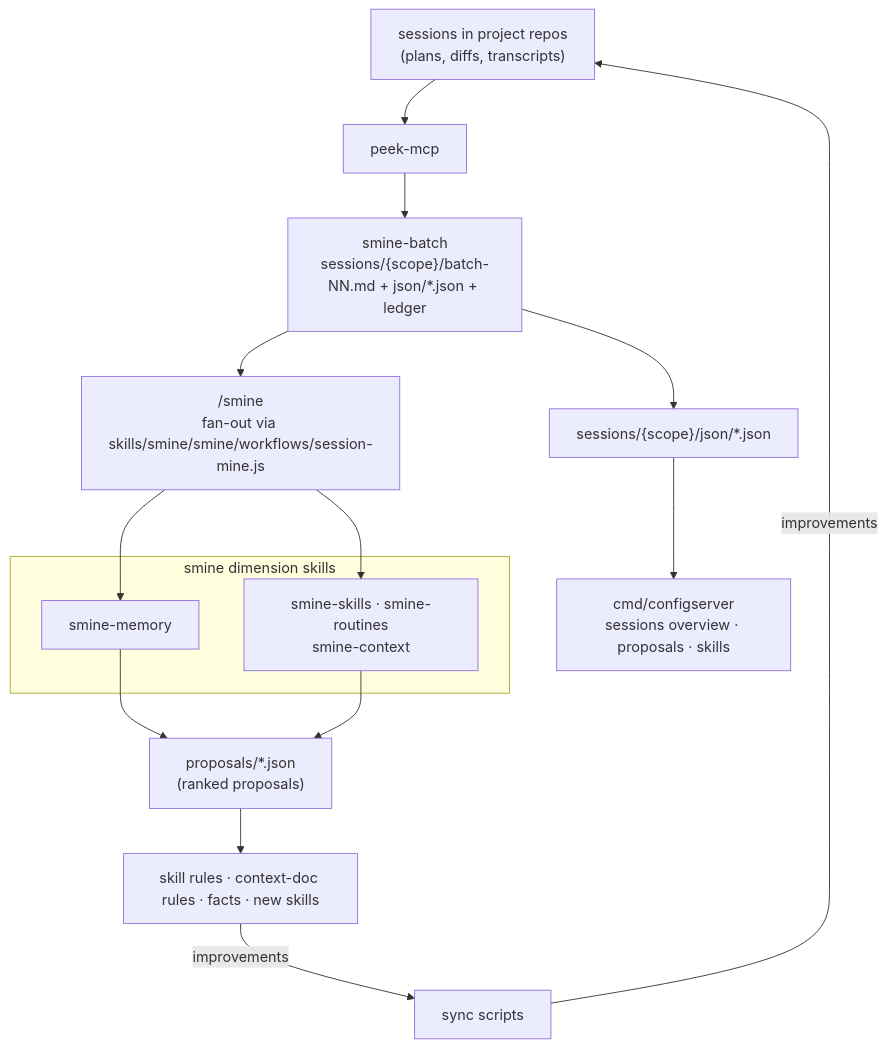
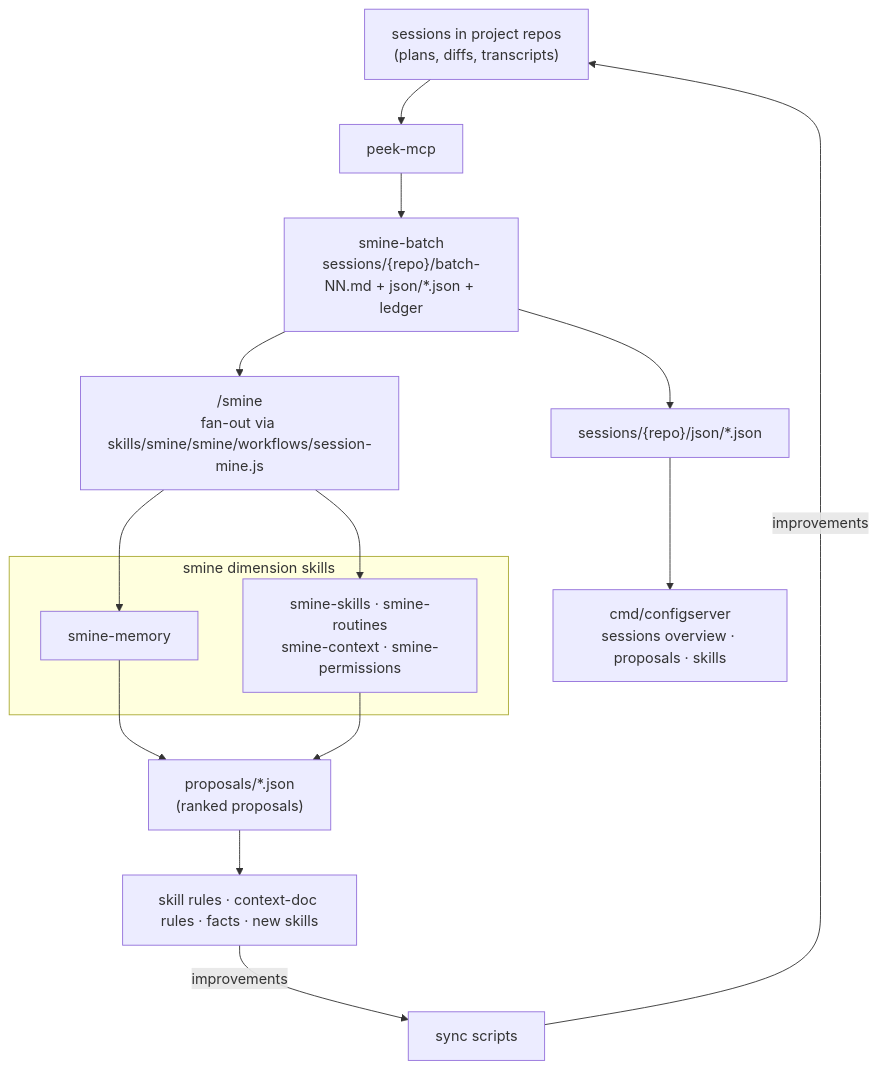
One commit to kevinhorst/smine changed the first of 4 diagrams in README.md. Above: the diagram before and after it, drawn with Mermaid. The commit also changed other lines of this file and 4 other files, not shown here.

````diff
--- a/README.md
+++ b/README.md
@@ -27,19 +27,19 @@
 ```mermaid
 flowchart TD
     S["sessions in project repos<br>(plans, diffs, transcripts)"] --> P["peek-mcp"]
-    P --> SA["smine-batch<br>sessions/{scope}/batch-NN.md + json/*.json + ledger"]
+    P --> SA["smine-batch<br>sessions/{repo}/batch-NN.md + json/*.json + ledger"]
     SA --> AN["/smine<br>fan-out via skills/smine/smine/workflows/session-mine.js"]
     subgraph DIM["smine dimension skills"]
         M["smine-memory"]
-        K["smine-skills · smine-routines<br>smine-context"]
+        K["smine-skills · smine-routines<br>smine-context · smine-permissions"]
     end
     AN --> M
     AN --> K
-    SA --> JS["sessions/{scope}/json/*.json"]
+    SA --> JS["sessions/{repo}/json/*.json"]
     M --> PR["proposals/*.json<br>(ranked proposals)"]
     K --> PR
     JS --> CFG["cmd/configserver<br>sessions overview · proposals · skills"]
     PR --> RULES["skill rules · context-doc rules · facts · new skills"]
     RULES -- "improvements" --> SY["sync scripts"]
     SY -- "improvements" --> S
 ```
````
